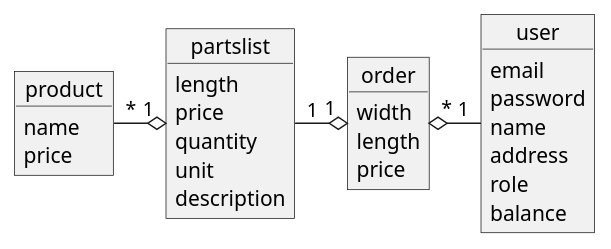
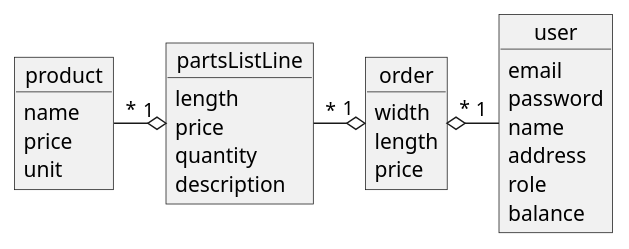
One commit to oTuff/carport changed the diagram in documentation/Domain_model.puml. Above: the diagram before and after it, drawn with PlantUML. The commit also changed 1 other file, not shown here.

```diff
--- a/documentation/Domain_model.puml
+++ b/documentation/Domain_model.puml
@@ -1,34 +1,34 @@
 @startuml
 object product{
 name
 price
+unit
 }
 
-object partslist{
+object partsListLine{
 length
 price
 quantity
-unit
 description
 }
 
 object order{
 width
 length
 price
 }
 
 object user{
 email
 password
 name
 address
 role
 balance
 }
 
 order "*" o- "1" user
-partslist "1" -o "1" order
-product "*" -o "1" partslist
+partsListLine "*" -o "1" order
+product "*" -o "1" partsListLine
 
 @enduml
```
